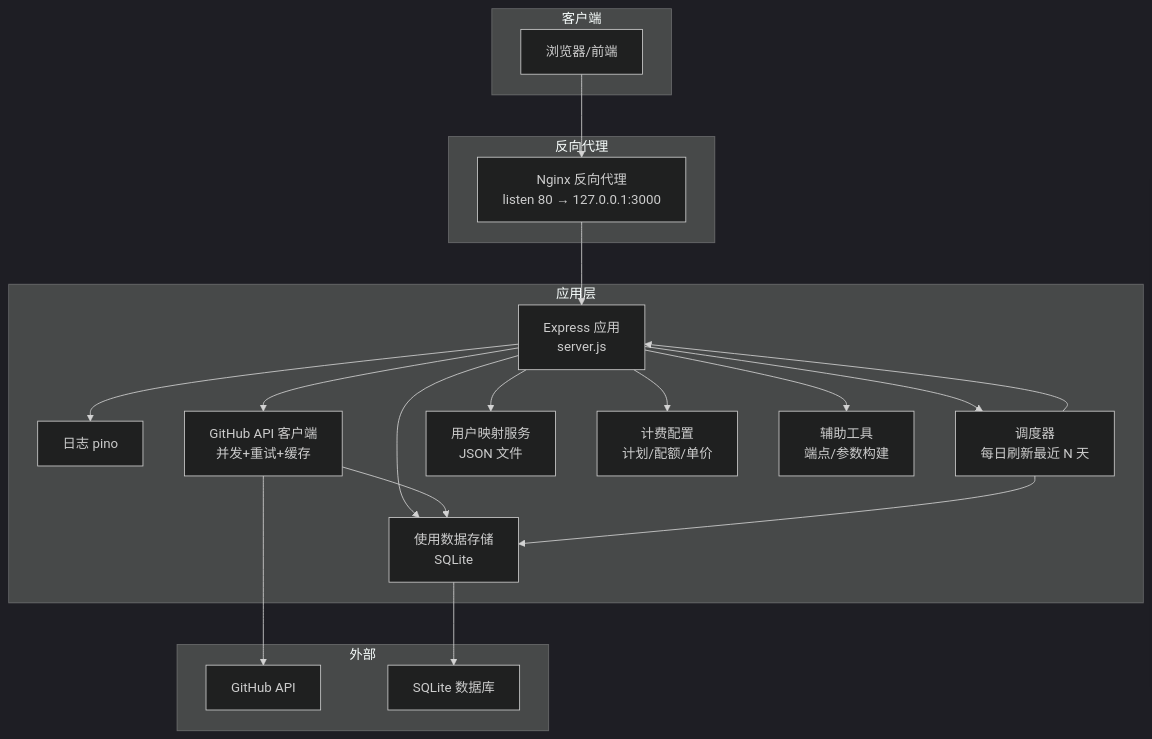
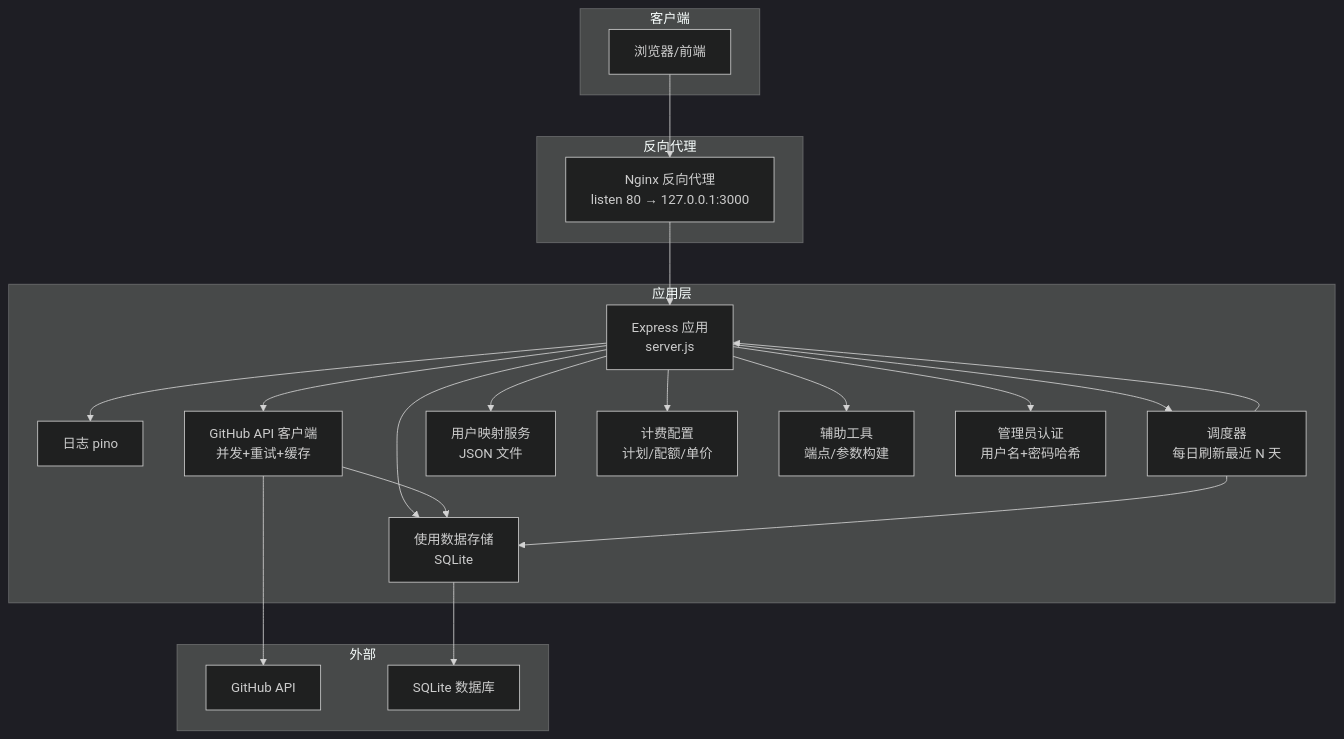
The second of 5 diagrams in .qoder/repowiki/zh/content/配置与定制/配置与定制.md (kissingwolf/CopilotEnterpriseUsageDisplay), drawn with Mermaid (dark theme) before and after one commit. The commit also changed other lines of this file and 9 other files, not shown here.

````diff
--- a/.qoder/repowiki/zh/content/配置与定制/配置与定制.md
+++ b/.qoder/repowiki/zh/content/配置与定制/配置与定制.md
@@ -105,36 +112,38 @@
 ```mermaid
 graph TB
 subgraph "客户端"
 U["浏览器/前端"]
 end
 subgraph "反向代理"
 NGINX["Nginx 反向代理<br/>listen 80 → 127.0.0.1:3000"]
 end
 subgraph "应用层"
 S["Express 应用<br/>server.js"]
 LOG["日志 pino"]
 GH["GitHub API 客户端<br/>并发+重试+缓存"]
 US["使用数据存储<br/>SQLite"]
 SCH["调度器<br/>每日刷新最近 N 天"]
 UM["用户映射服务<br/>JSON 文件"]
 BC["计费配置<br/>计划/配额/单价"]
 HL["辅助工具<br/>端点/参数构建"]
+AUTH["管理员认证<br/>用户名+密码哈希"]
 end
 subgraph "外部"
 API["GitHub API"]
 DB["SQLite 数据库"]
 end
 U --> NGINX --> S
 S --> LOG
 S --> GH
 S --> US
 S --> SCH
 S --> UM
 S --> BC
 S --> HL
+S --> AUTH
 GH --> API
 GH --> US
 US --> DB
 SCH --> S
 SCH --> US
 ```
````
